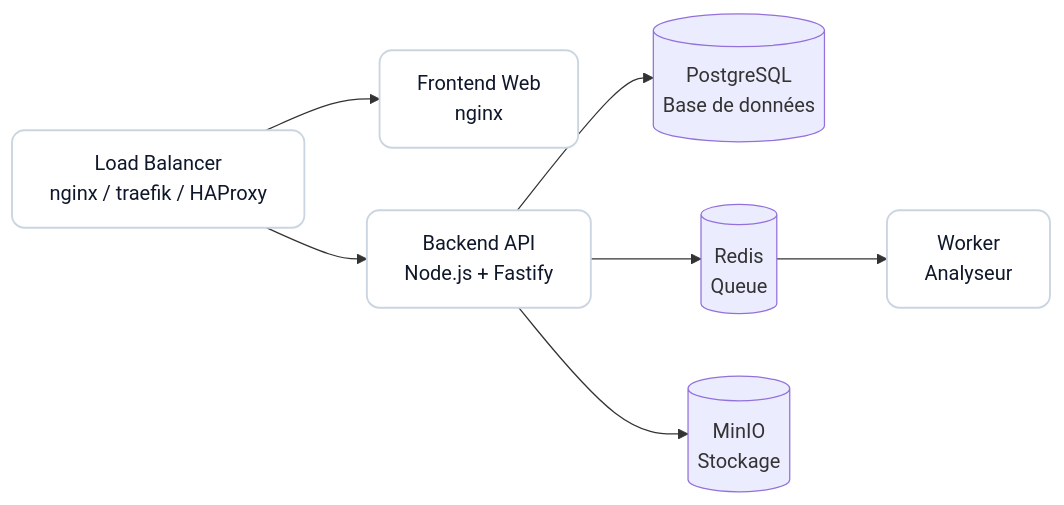
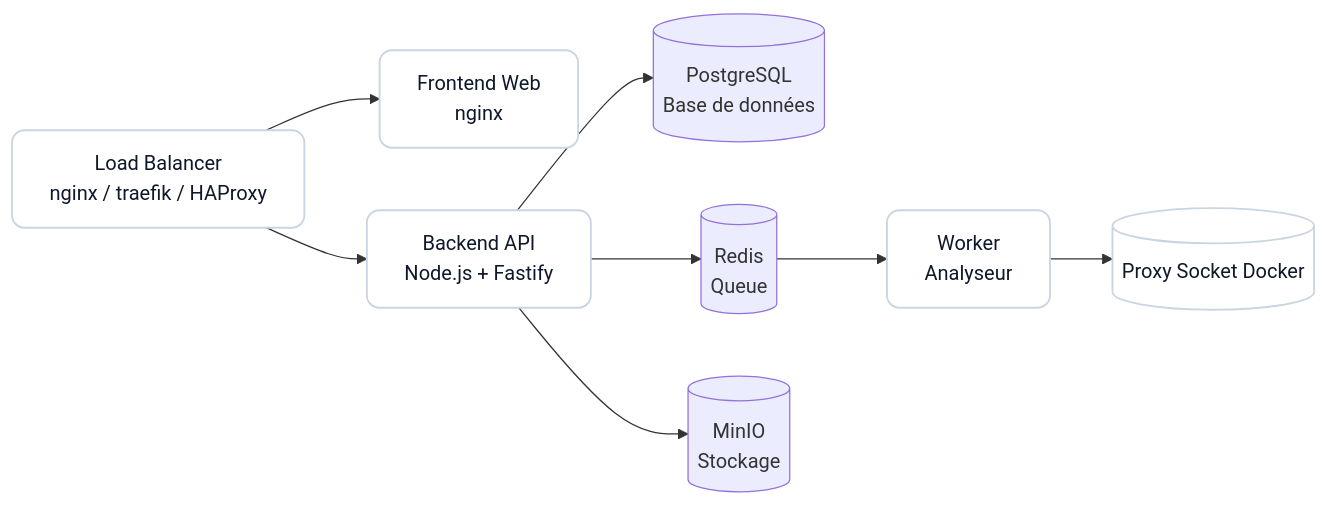
The diagram in docs/fr/deploy.md (brivab/qubeless), drawn with Mermaid before and after one commit. The commit also changed other lines of this file and 7 other files, not shown here.

Commit message:
Docker socket proxy

````diff
--- a/docs/fr/deploy.md
+++ b/docs/fr/deploy.md
@@ -71,20 +74,22 @@
 ```mermaid
 flowchart LR
   LB[Load Balancer<br/>nginx / traefik / HAProxy]
   WEB[Frontend Web<br/>nginx]
   API[Backend API<br/>Node.js + Fastify]
   DB[(PostgreSQL<br/>Base de données)]
   REDIS[(Redis<br/>Queue)]
   MINIO[(MinIO<br/>Stockage)]
   WORKER[Worker<br/>Analyseur]
+  DPROXY[(Proxy Socket Docker)]
 
   LB --> WEB
   LB --> API
   API --> DB
   API --> REDIS
   API --> MINIO
   REDIS --> WORKER
+  WORKER --> DPROXY
 
   classDef stage fill:#ffffff,stroke:#cbd5e1,stroke-width:1.5px,color:#0f172a,rx:10,ry:10;
-  class LB,WEB,API,WORKER stage;
+  class LB,WEB,API,WORKER,DPROXY stage;
 ```
````
